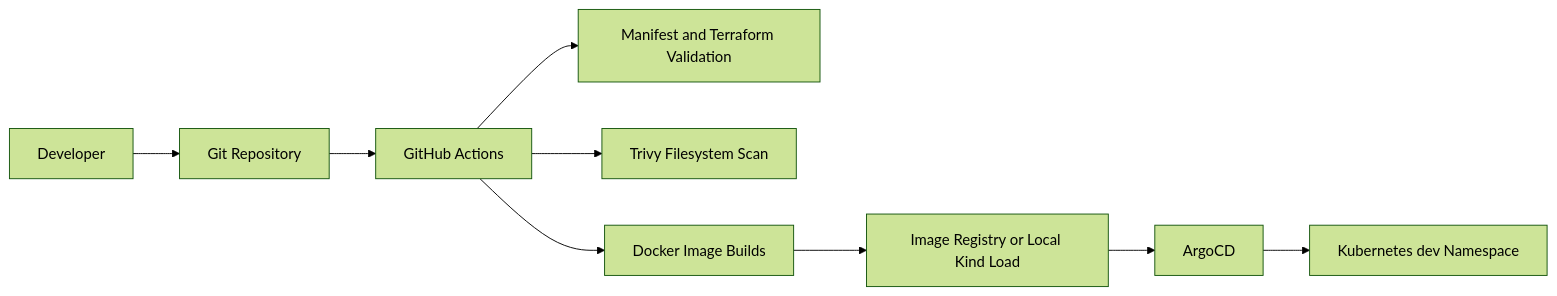
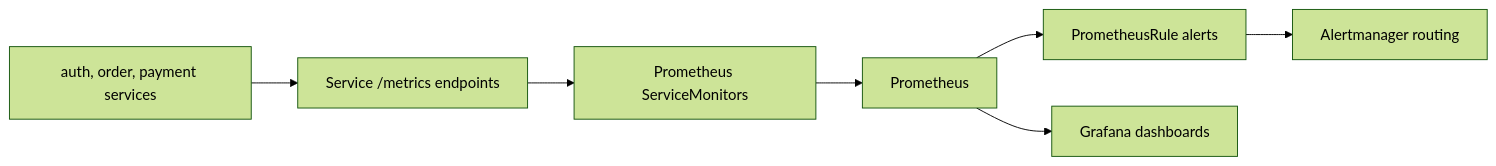
The fifth of 9 diagrams in docs/architecture.md (AssassinSaurabh/enterprise-devsecops-platform), drawn with Mermaid (forest theme) before and after one commit. The commit also changed other lines of this file and 8 other files, not shown here.

Commit message:
docs: publish professional platform architecture

````diff
--- a/docs/architecture.md
+++ b/docs/architecture.md
@@ -47,11 +127,9 @@
 ```mermaid
 flowchart LR
-  Dev["Developer"] --> Git["Git Repository"]
-  Git --> Actions["GitHub Actions"]
-  Actions --> Lint["Manifest and Terraform Validation"]
-  Actions --> Scan["Trivy Filesystem Scan"]
-  Actions --> Build["Docker Image Builds"]
-  Build --> Registry["Image Registry or Local Kind Load"]
-  Registry --> ArgoCD["ArgoCD"]
-  ArgoCD --> K8s["Kubernetes dev Namespace"]
+  Apps["auth, order, payment services"] --> Metrics["Service /metrics endpoints"]
+  Metrics --> ServiceMonitor["Prometheus ServiceMonitors"]
+  ServiceMonitor --> Prometheus["Prometheus"]
+  Prometheus --> Rules["PrometheusRule alerts"]
+  Rules --> Alertmanager["Alertmanager routing"]
+  Prometheus --> Grafana["Grafana dashboards"]
 ```
````
